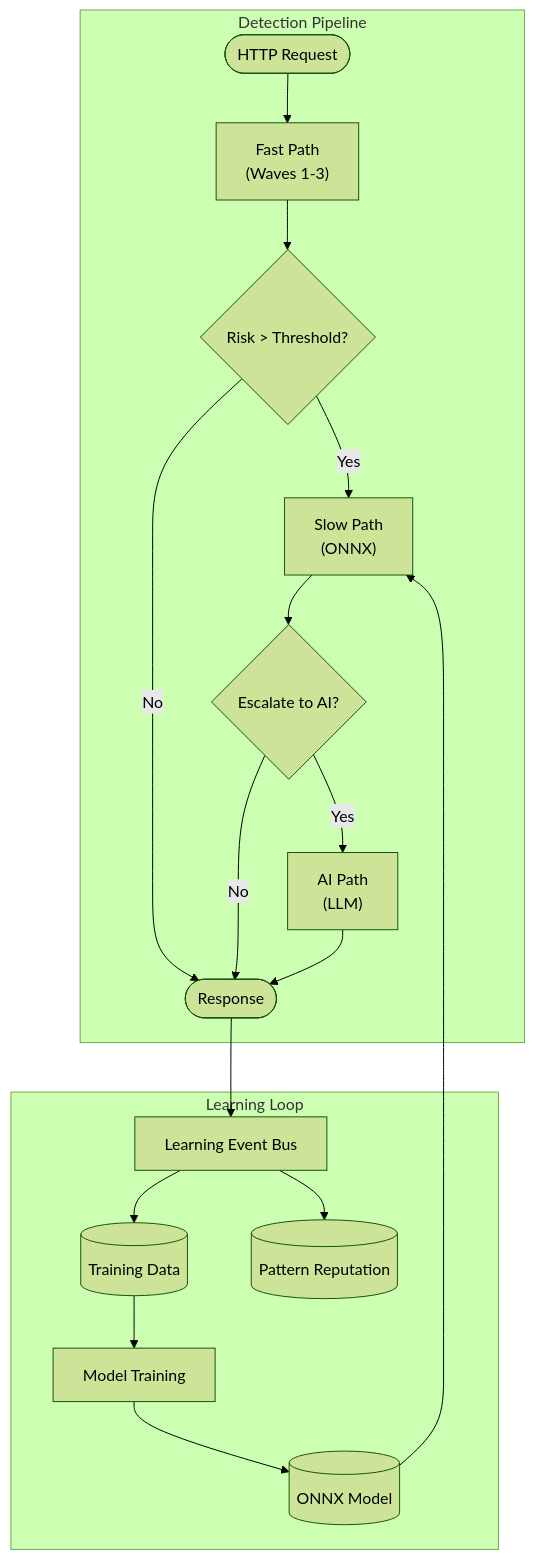
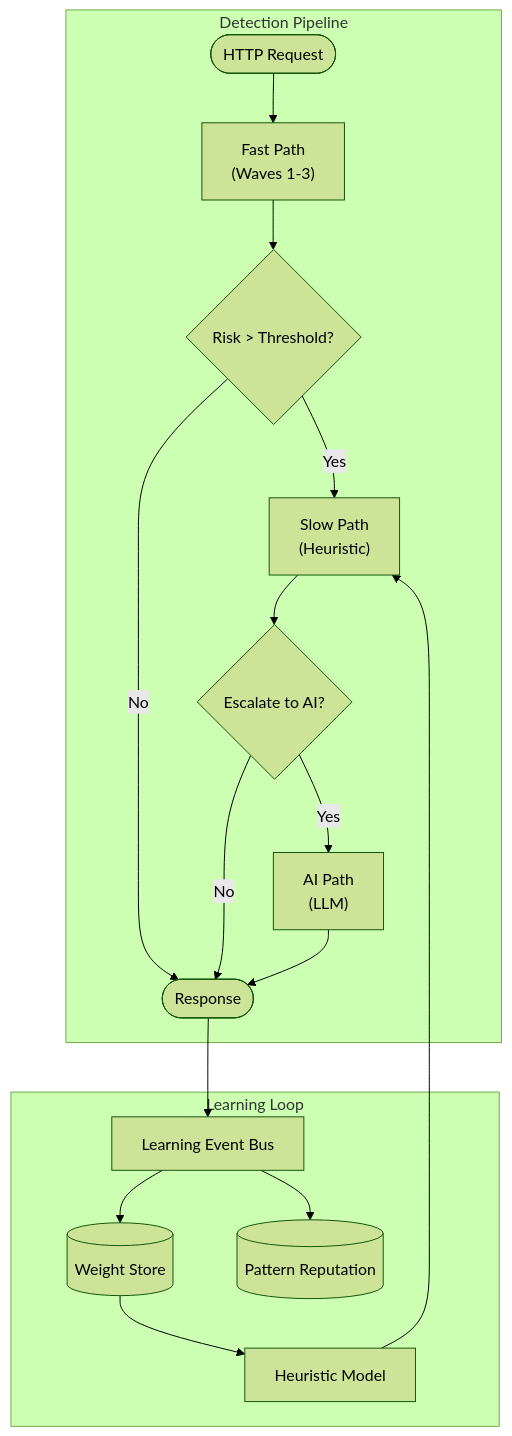
The first of 6 diagrams in Mostlylucid.BotDetection/docs/ai-detection.md (scottgal/mostlylucid.nugetpackages), drawn with Mermaid (forest theme) before and after one commit. The commit also changed other lines of this file and 59 other files, not shown here.

````diff
--- a/Mostlylucid.BotDetection/docs/ai-detection.md
+++ b/Mostlylucid.BotDetection/docs/ai-detection.md
@@ -7,22 +7,21 @@
 ```mermaid
 flowchart TB
     subgraph Detection["Detection Pipeline"]
         Request([HTTP Request]) --> FastPath["Fast Path<br/>(Waves 1-3)"]
         FastPath --> RiskCheck{Risk > Threshold?}
-        RiskCheck -->|Yes| SlowPath["Slow Path<br/>(ONNX)"]
+        RiskCheck -->|Yes| SlowPath["Slow Path<br/>(Heuristic)"]
         RiskCheck -->|No| Response
         SlowPath --> AiCheck{Escalate to AI?}
         AiCheck -->|Yes| AiPath["AI Path<br/>(LLM)"]
         AiCheck -->|No| Response
         AiPath --> Response([Response])
     end
 
     subgraph Learning["Learning Loop"]
         Response --> LearningBus[Learning Event Bus]
-        LearningBus --> TrainingData[(Training Data)]
+        LearningBus --> WeightStore[(Weight Store)]
         LearningBus --> ReputationStore[(Pattern Reputation)]
-        TrainingData --> ModelTraining[Model Training]
-        ModelTraining --> OnnxModel[(ONNX Model)]
-        OnnxModel --> SlowPath
+        WeightStore --> HeuristicModel[Heuristic Model]
+        HeuristicModel --> SlowPath
     end
 ```
````
